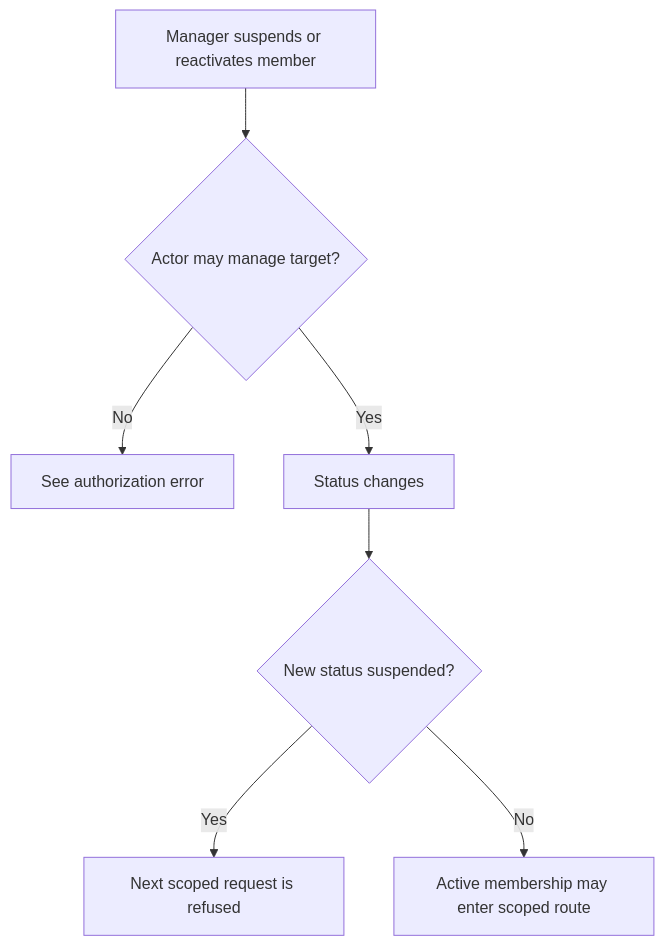
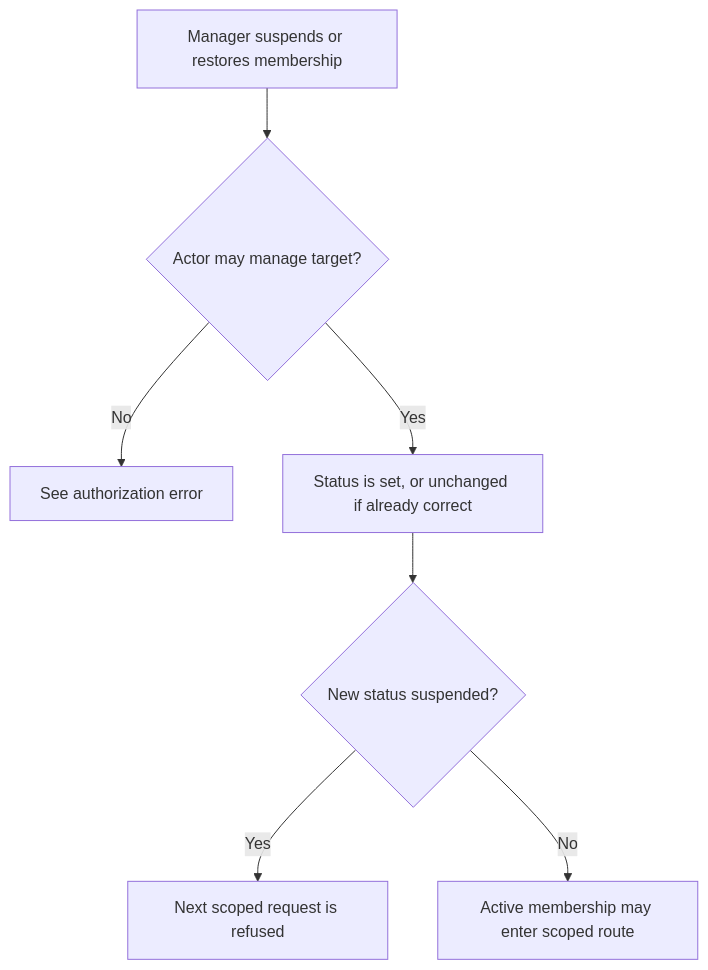
One commit to Kevinjohn/oss-adonisjs-access-control changed the first of 2 diagrams in user-stories/US-ACCESS-05-change-member-status.md. Above: the diagram before and after it, drawn with Mermaid. The commit also changed other lines of this file and 31 other files, not shown here.

````diff
--- a/user-stories/US-ACCESS-05-change-member-status.md
+++ b/user-stories/US-ACCESS-05-change-member-status.md
@@ -28,9 +28,9 @@
 ```mermaid
 flowchart TD
-    A["Manager suspends or reactivates member"] --> B{"Actor may manage target?"}
+    A["Manager suspends or restores membership"] --> B{"Actor may manage target?"}
     B -->|No| C["See authorization error"]
-    B -->|Yes| D["Status changes"]
+    B -->|Yes| D["Status is set, or unchanged if already correct"]
     D --> E{"New status suspended?"}
     E -->|Yes| F["Next scoped request is refused"]
     E -->|No| G["Active membership may enter scoped route"]
 ```
````
